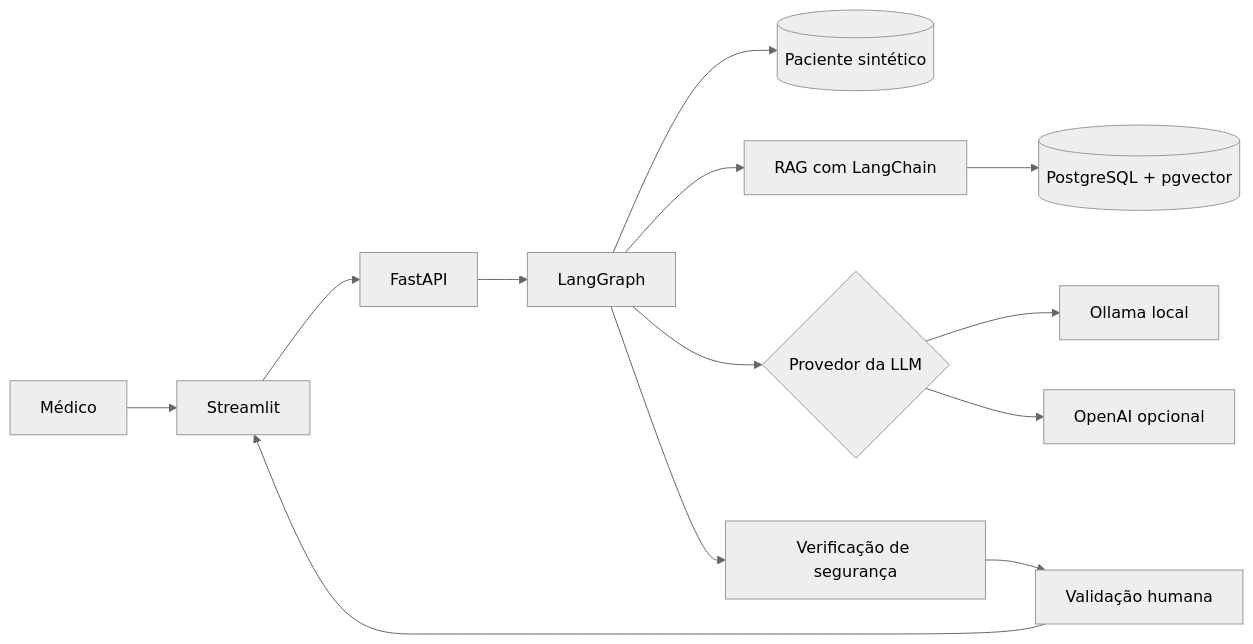
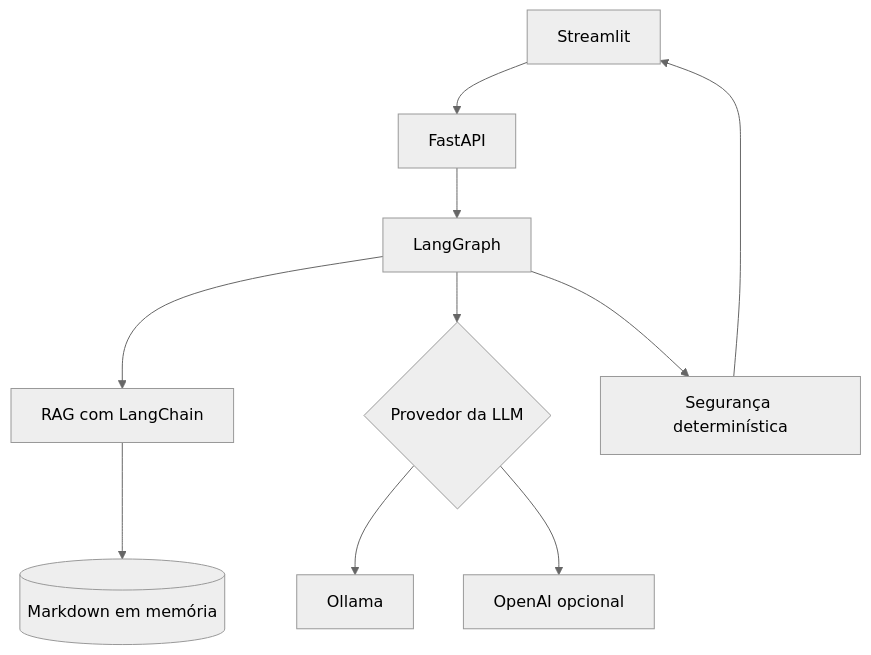
The diagram in README.md (gigran/F3Challenge-CardioAssistAI), drawn with Mermaid (neutral theme) before and after one commit. The commit also changed other lines of this file and 1 other file, not shown here.

Commit message:
feat: adiciona interface Streamlit e testes HTTP

````diff
--- a/README.md
+++ b/README.md
@@ -49,15 +49,12 @@
 ```mermaid
-flowchart LR
-    M[Médico] --> UI[Streamlit]
-    UI --> API[FastAPI]
+flowchart TD
+    UI[Streamlit] --> API[FastAPI]
     API --> G[LangGraph]
-    G --> P[(Paciente sintético)]
     G --> R[RAG com LangChain]
-    R --> V[(PostgreSQL + pgvector)]
+    R --> KB[(Markdown em memória)]
     G --> L{Provedor da LLM}
-    L --> O[Ollama local]
+    L --> O[Ollama]
     L --> OA[OpenAI opcional]
-    G --> S[Verificação de segurança]
-    S --> H[Validação humana]
-    H --> UI
+    G --> S[Segurança determinística]
+    S --> UI
 ```
````
